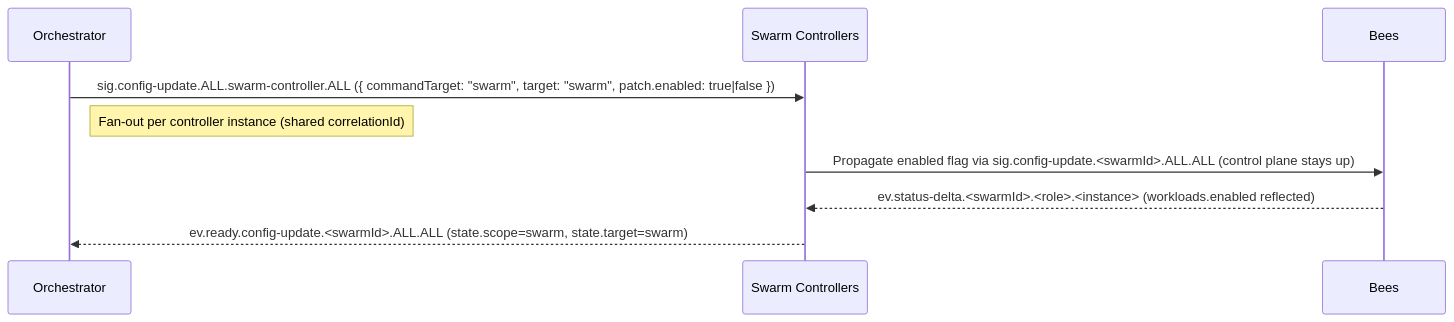
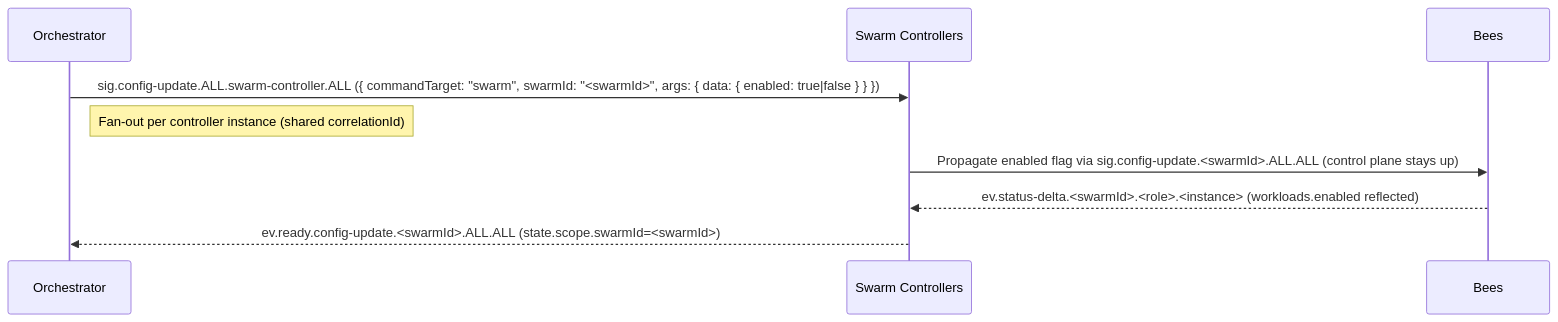
The fourth of 8 diagrams in docs/ARCHITECTURE.md (sepa79/PocketHive), drawn with Mermaid before and after one commit. The commit also changed other lines of this file and 28 other files, not shown here.

````diff
--- a/docs/ARCHITECTURE.md
+++ b/docs/ARCHITECTURE.md
@@ -199,12 +199,12 @@
 ```mermaid
 sequenceDiagram
   participant QN as Orchestrator
   participant MSH as Swarm Controllers
   participant CMP as Bees
 
-  QN->>MSH: sig.config-update.ALL.swarm-controller.ALL ({ commandTarget: "swarm", target: "swarm", patch.enabled: true|false })
+  QN->>MSH: sig.config-update.ALL.swarm-controller.ALL ({ commandTarget: "swarm", swarmId: "<swarmId>", args: { data: { enabled: true|false } } })
   note right of QN: Fan-out per controller instance (shared correlationId)
   MSH->>CMP: Propagate enabled flag via sig.config-update.<swarmId>.ALL.ALL (control plane stays up)
   CMP-->>MSH: ev.status-delta.<swarmId>.<role>.<instance> (workloads.enabled reflected)
-  MSH-->>QN: ev.ready.config-update.<swarmId>.ALL.ALL (state.scope=swarm, state.target=swarm)
+  MSH-->>QN: ev.ready.config-update.<swarmId>.ALL.ALL (state.scope.swarmId=<swarmId>)
 ```
````
